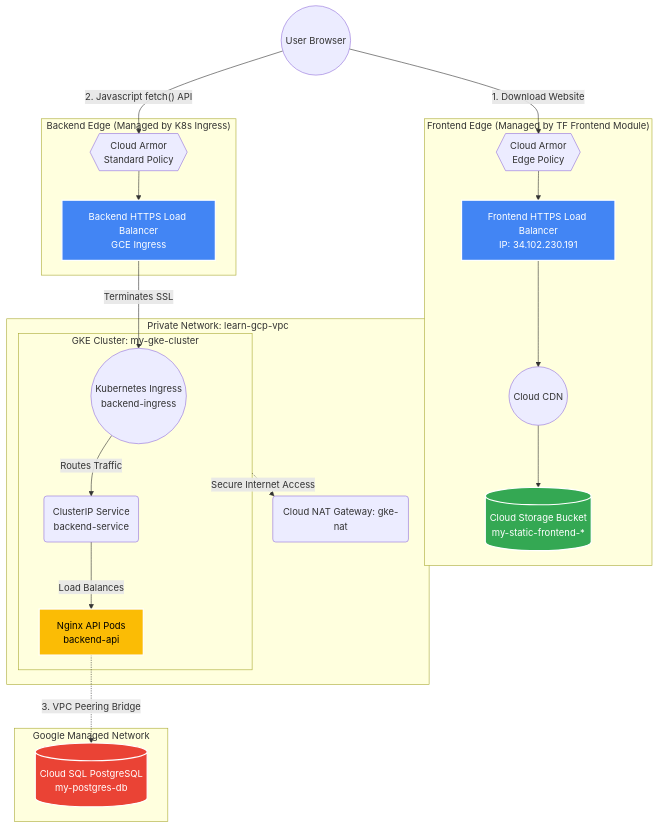
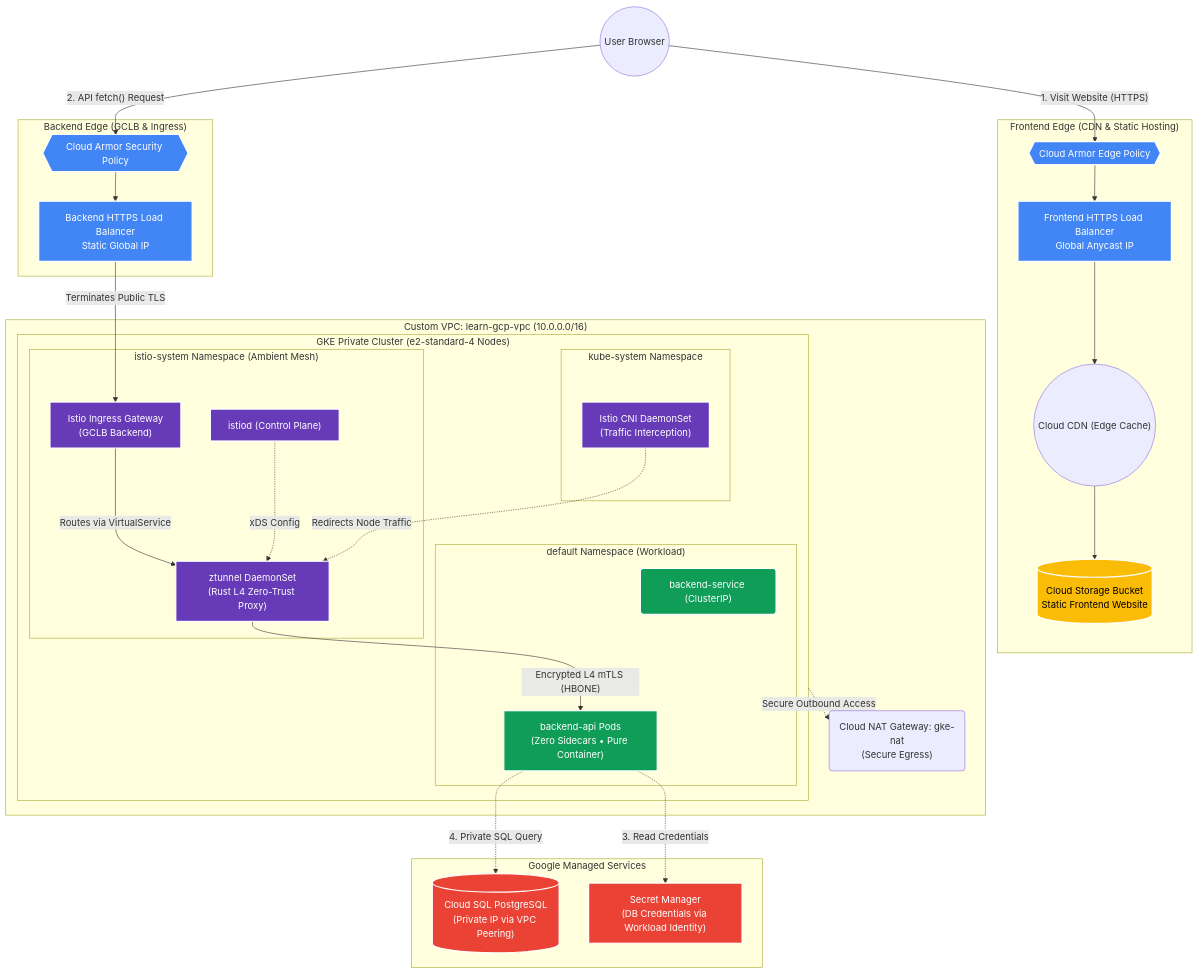
One commit to chaitanya-sharmaa/gcp changed the diagram in README.md. Above: the diagram before and after it, drawn with Mermaid. The commit also changed other lines of this file and 27 other files, not shown here.

Commit message:
Implement Istio Ambient Mesh with ztunnel mTLS, GCLB Ingress, Secret Manager, and CORS support

````diff
--- a/README.md
+++ b/README.md
@@ -5,60 +9,81 @@
 ```mermaid
 graph TD
     User((User Browser))
 
-    subgraph Frontend ["Frontend Edge (Managed by TF Frontend Module)"]
-        WAF1{{"Cloud Armor<br/>Edge Policy"}}
-        FLB["Frontend HTTPS Load Balancer<br/>IP: 34.102.230.191"]
-        CDN(("Cloud CDN"))
-        Bucket[("Cloud Storage Bucket<br/>my-static-frontend-*")]
+    subgraph FrontendEdge ["Frontend Edge (CDN & Static Hosting)"]
+        WAF1{{"Cloud Armor Edge Policy"}}
+        FLB["Frontend HTTPS Load Balancer<br/>Global Anycast IP"]
+        CDN(("Cloud CDN (Edge Cache)"))
+        Bucket[("Cloud Storage Bucket<br/>Static Frontend Website")]
     end
 
-    subgraph Backend ["Backend Edge (Managed by K8s Ingress)"]
-        WAF2{{"Cloud Armor<br/>Standard Policy"}}
-        BLB["Backend HTTPS Load Balancer<br/>GCE Ingress"]
+    subgraph BackendEdge ["Backend Edge (GCLB & Ingress)"]
+        WAF2{{"Cloud Armor Security Policy"}}
+        BLB["Backend HTTPS Load Balancer<br/>Static Global IP"]
     end
 
-    subgraph VPC ["Private Network: learn-gcp-vpc"]
-        NAT("Cloud NAT Gateway: gke-nat")
+    subgraph VPC ["Custom VPC: learn-gcp-vpc (10.0.0.0/16)"]
+        NAT("Cloud NAT Gateway: gke-nat<br/>(Secure Egress)")
         
-        subgraph GKE ["GKE Cluster: my-gke-cluster"]
-            Ingress(("Kubernetes Ingress<br/>backend-ingress"))
-            Service("ClusterIP Service<br/>backend-service")
-            Pods["Nginx API Pods<br/>backend-api"]
+        subgraph GKE ["GKE Private Cluster (e2-standard-4 Nodes)"]
+            
+            subgraph KubeSystem ["kube-system Namespace"]
+                CNI["Istio CNI DaemonSet<br/>(Traffic Interception)"]
+            end
+
+            subgraph IstioSystem ["istio-system Namespace (Ambient Mesh)"]
+                Istiod["istiod (Control Plane)"]
+                Gateway["Istio Ingress Gateway<br/>(GCLB Backend)"]
+                ZTunnel["ztunnel DaemonSet<br/>(Rust L4 Zero-Trust Proxy)"]
+            end
+
+            subgraph DefaultNS ["default Namespace (Workload)"]
+                Service("backend-service (ClusterIP)")
+                Pods["backend-api Pods<br/>(Zero Sidecars • Pure Container)"]
+            end
+
         end
     end
 
-    subgraph GoogleVPC ["Google Managed Network"]
-        DB[("Cloud SQL PostgreSQL<br/>my-postgres-db")]
+    subgraph GoogleServices ["Google Managed Services"]
+        DB[("Cloud SQL PostgreSQL<br/>(Private IP via VPC Peering)")]
+        SM["Secret Manager<br/>(DB Credentials via Workload Identity)"]
     end
 
-    %% Frontend Flow
-    User -- "1. Download Website" --> WAF1
+    %% Flow 1: Frontend Website Loading
+    User -- "1. Visit Website (HTTPS)" --> WAF1
     WAF1 --> FLB
     FLB --> CDN
     CDN --> Bucket
 
-    %% Backend Flow
-    User -- "2. Javascript fetch() API" --> WAF2
+    %% Flow 2: API Request
+    User -- "2. API fetch() Request" --> WAF2
     WAF2 --> BLB
-    BLB -- "Terminates SSL" --> Ingress
-    Ingress -- "Routes Traffic" --> Service
-    Service -- "Load Balances" --> Pods
-    
-    %% Database Flow
-    Pods -. "3. VPC Peering Bridge" .-> DB
-    
-    %% Outbound Flow
-    GKE -. "Secure Internet Access" .-> NAT
+    BLB -- "Terminates Public TLS" --> Gateway
+    Gateway -- "Routes via VirtualService" --> ZTunnel
+    ZTunnel -- "Encrypted L4 mTLS (HBONE)" --> Pods
+
+    %% Control Plane Stream
+    Istiod -. "xDS Config" .-> ZTunnel
+    CNI -. "Redirects Node Traffic" .-> ZTunnel
+
+    %% Flow 3: Security & DB Access
+    Pods -. "3. Read Credentials" .-> SM
+    Pods -. "4. Private SQL Query" .-> DB
+
+    %% Outbound
+    GKE -. "Secure Outbound Access" .-> NAT
 
     %% Styling
-    classDef lb fill:#4285F4,stroke:#fff,stroke-width:2px,color:#fff;
-    classDef storage fill:#34A853,stroke:#fff,stroke-width:2px,color:#fff;
+    classDef edge fill:#4285F4,stroke:#fff,stroke-width:2px,color:#fff;
+    classDef mesh fill:#673AB7,stroke:#fff,stroke-width:2px,color:#fff;
+    classDef compute fill:#0F9D58,stroke:#fff,stroke-width:2px,color:#fff;
     classDef db fill:#EA4335,stroke:#fff,stroke-width:2px,color:#fff;
-    classDef compute fill:#FBBC05,stroke:#fff,stroke-width:2px,color:#000;
+    classDef storage fill:#FBBC05,stroke:#fff,stroke-width:2px,color:#000;
     
-    class FLB,BLB lb;
+    class FLB,BLB,WAF1,WAF2 edge;
+    class Istiod,Gateway,ZTunnel,CNI mesh;
+    class Pods,Service compute;
+    class DB,SM db;
     class Bucket storage;
-    class DB db;
-    class Pods compute;
 ```
````
